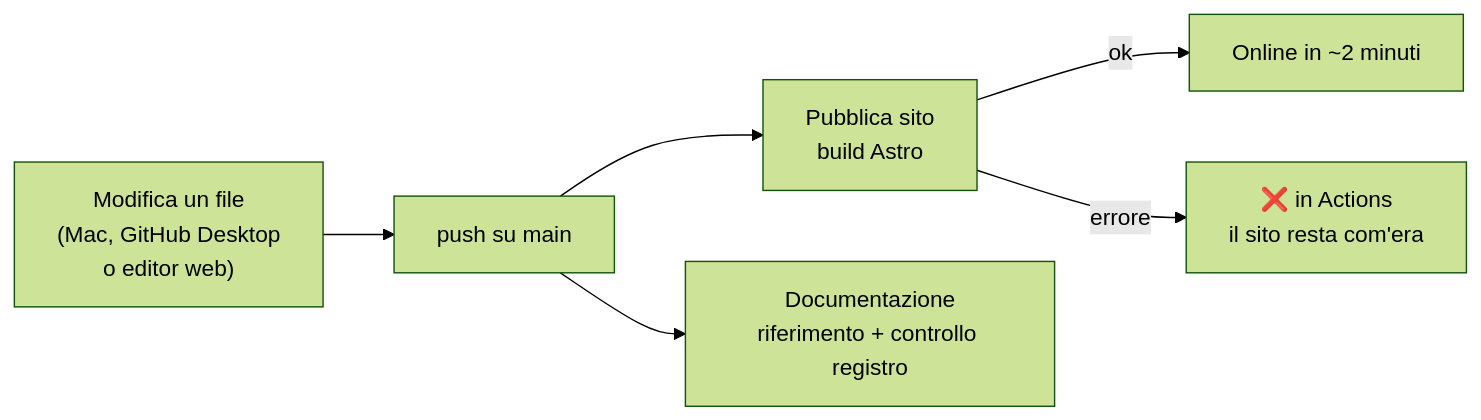
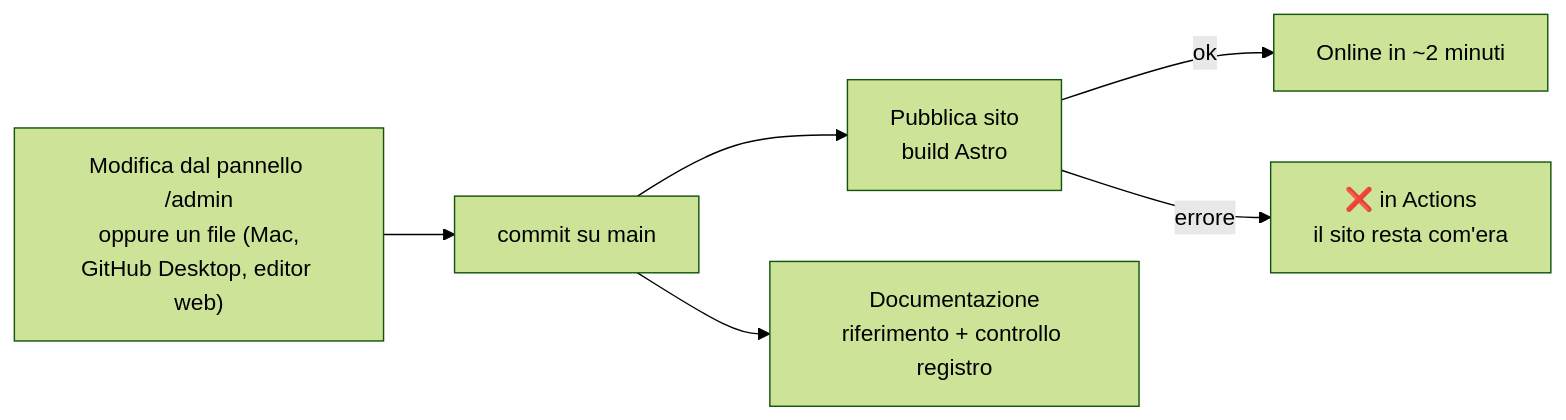
Before and after one commit to mistraliagianluca/mistraliagianluca.github.io: the fourth of 4 diagrams in docs/01-architettura.md, drawn with Mermaid (forest theme). The commit also changed other lines of this file and 18 other files, not shown here.

Commit message:
Pannello /admin per i dati del sito

````diff
--- a/docs/01-architettura.md
+++ b/docs/01-architettura.md
@@ -114,8 +115,8 @@
 ```mermaid
 flowchart LR
-    A["Modifica un file<br>(Mac, GitHub Desktop<br>o editor web)"] --> B["push su main"]
+    A["Modifica dal pannello /admin<br>oppure un file (Mac,<br>GitHub Desktop, editor web)"] --> B["commit su main"]
     B --> C["Pubblica sito<br>build Astro"]
     C -->|ok| D["Online in ~2 minuti"]
     C -->|errore| E["❌ in Actions<br>il sito resta com'era"]
     B --> F["Documentazione<br>riferimento + controllo registro"]
 ```
````
